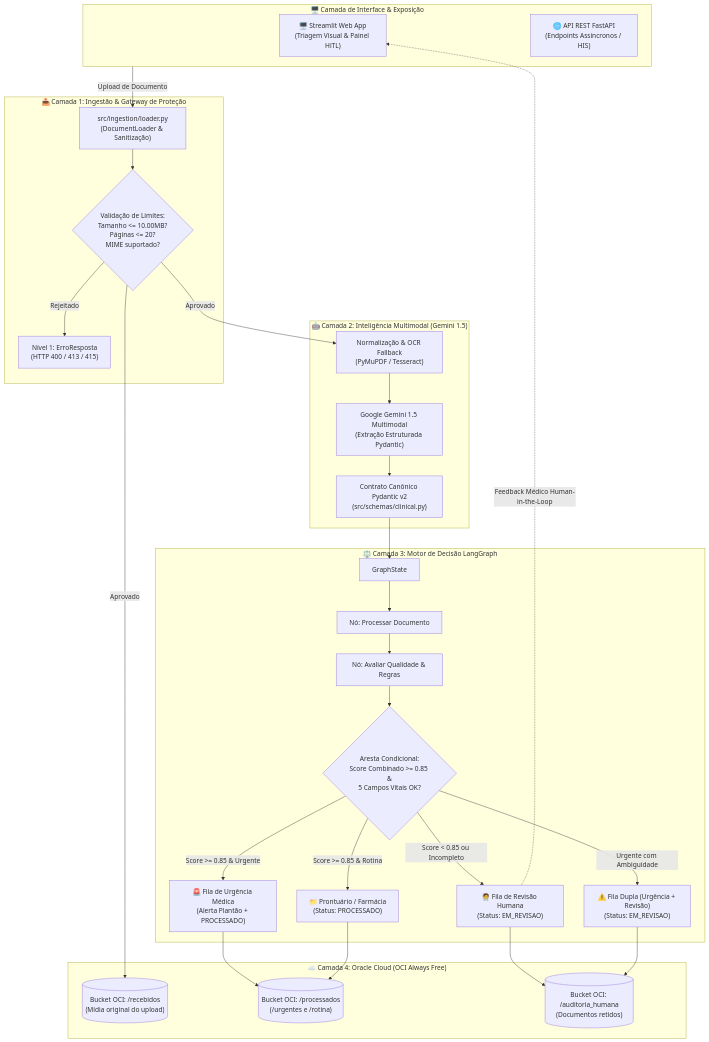
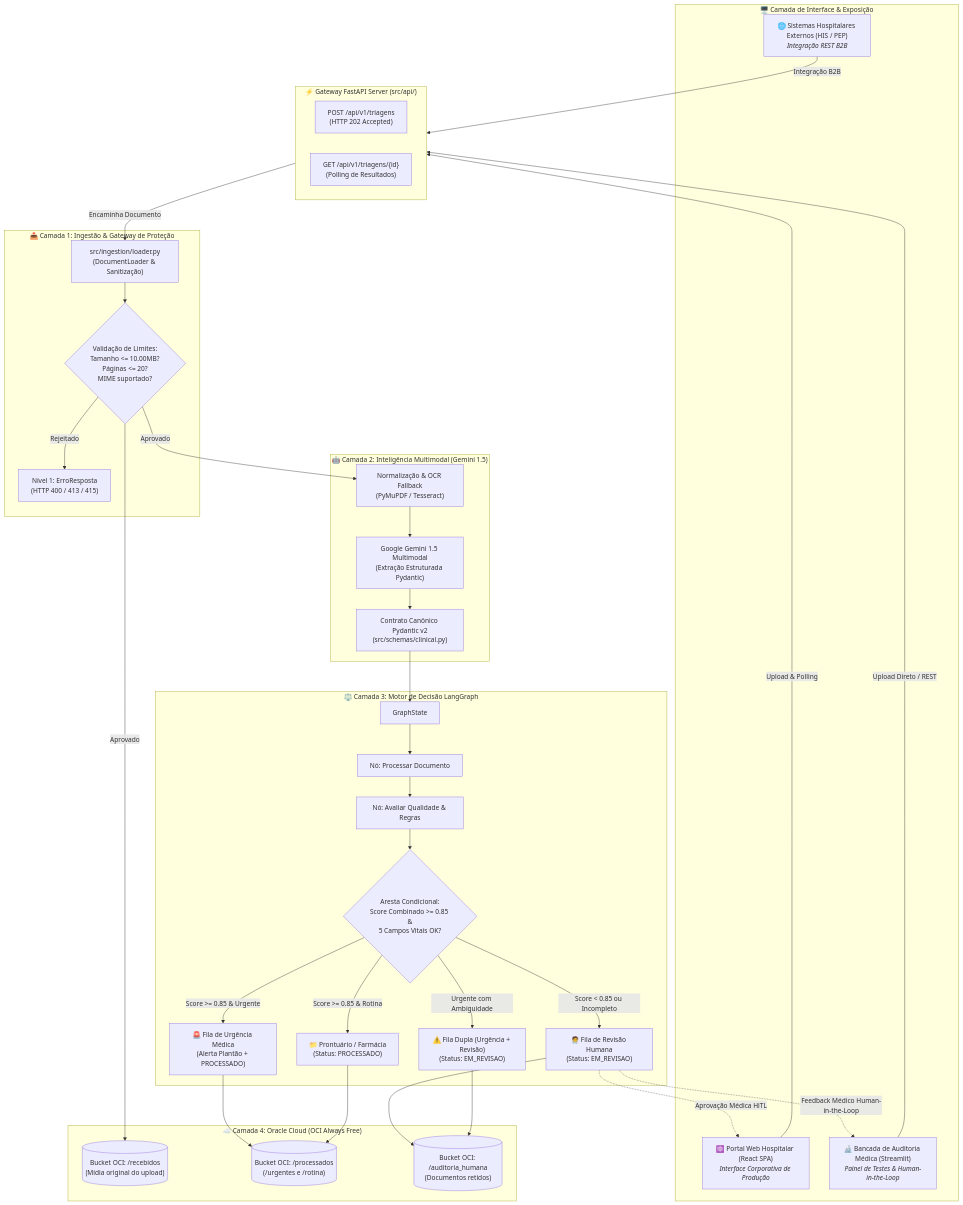
Before and after one commit to No-Country-simulation/g10-brasil-equipe-15_mediflow: the first of 2 diagrams in ARQUITETURA.md, drawn with Mermaid. The commit also changed other lines of this file and 2 other files, not shown here.

````diff
--- a/ARQUITETURA.md
+++ b/ARQUITETURA.md
@@ -34,60 +34,71 @@
 ```mermaid
 flowchart TD
     subgraph CLIENTS["🖥️ Camada de Interface & Exposição"]
-        UI["🖥️ Streamlit Web App<br/>(Triagem Visual & Painel HiTL)"]
-        API_CLI["🌐 API REST FastAPI<br/>(Endpoints Assíncronos / HIS)"]
+        REACT["⚛️ Portal Web Hospitalar (React SPA)<br/><i>Interface Corporativa de Produção</i>"]
+        STREAMLIT["🔬 Bancada de Auditoria Médica (Streamlit)<br/><i>Painel de Testes & Human-in-the-Loop</i>"]
+        API_CLI["🌐 Sistemas Hospitalares Externos (HIS / PEP)<br/><i>Integração REST B2B</i>"]
+    end
+
+    subgraph API_GATEWAY["⚡ Gateway FastAPI Server (src/api/)"]
+        EP_POST["POST /api/v1/triagens<br/>(HTTP 202 Accepted)"]
+        EP_GET["GET /api/v1/triagens/{id}<br/>(Polling de Resultados)"]
     end
 
     subgraph INGESTION["📥 Camada 1: Ingestão & Gateway de Proteção"]
         LOADER["src/ingestion/loader.py<br/>(DocumentLoader & Sanitização)"]
         VAL_RULES{"Validação de Limites:<br/>Tamanho <= 10.00MB?<br/>Páginas <= 20?<br/>MIME suportado?"}
         ERR_GATEWAY["Nível 1: ErroResposta<br/>(HTTP 400 / 413 / 415)"]
     end
 
     subgraph AI_CORE["🤖 Camada 2: Inteligência Multimodal (Gemini 1.5)"]
         OCR["Normalização & OCR Fallback<br/>(PyMuPDF / Tesseract)"]
         LLM["Google Gemini 1.5 Multimodal<br/>(Extração Estruturada Pydantic)"]
         SCHEMA["Contrato Canônico Pydantic v2<br/>(src/schemas/clinical.py)"]
     end
 
     subgraph WORKFLOW["⚖️ Camada 3: Motor de Decisão LangGraph"]
         STATE["GraphState"]
         N_EXTRACT["Nó: Processar Documento"]
         N_EVAL["Nó: Avaliar Qualidade & Regras"]
         COND_DECIDE{"Aresta Condicional:<br/>Score Combinado >= 0.85 &<br/>5 Campos Vitais OK?"}
         
         Q_URG["🚨 Fila de Urgência Médica<br/>(Alerta Plantão + PROCESSADO)"]
         Q_REV["🧑‍⚕️ Fila de Revisão Humana<br/>(Status: EM_REVISAO)"]
         Q_ROT["📁 Prontuário / Farmácia<br/>(Status: PROCESSADO)"]
         Q_MISTO["⚠️ Fila Dupla (Urgência + Revisão)<br/>(Status: EM_REVISAO)"]
     end
 
     subgraph STORAGE["☁️ Camada 4: Oracle Cloud (OCI Always Free)"]
         OCI_IN[("Bucket OCI: /recebidos<br/>(Mídia original do upload)")]
         OCI_PROC[("Bucket OCI: /processados<br/>(/urgentes e /rotina)")]
         OCI_AUDIT[("Bucket OCI: /auditoria_humana<br/>(Documentos retidos)")]
     end
 
-    CLIENTS -->|Upload de Documento| LOADER
+    REACT -->|Upload & Polling| API_GATEWAY
+    STREAMLIT -->|Upload Direto / REST| API_GATEWAY
+    API_CLI -->|Integração B2B| API_GATEWAY
+
+    API_GATEWAY -->|Encaminha Documento| LOADER
     LOADER --> VAL_RULES
     VAL_RULES -- "Rejeitado" --> ERR_GATEWAY
     VAL_RULES -- "Aprovado" --> OCI_IN
     VAL_RULES -- "Aprovado" --> OCR
     
     OCR --> LLM
     LLM --> SCHEMA
     SCHEMA --> STATE
     STATE --> N_EXTRACT --> N_EVAL --> COND_DECIDE
     
     COND_DECIDE -- "Score < 0.85 ou Incompleto" --> Q_REV
     COND_DECIDE -- "Score >= 0.85 & Urgente" --> Q_URG
     COND_DECIDE -- "Score >= 0.85 & Rotina" --> Q_ROT
     COND_DECIDE -- "Urgente com Ambiguidade" --> Q_MISTO
     
     Q_URG --> OCI_PROC
     Q_ROT --> OCI_PROC
     Q_REV --> OCI_AUDIT
     Q_MISTO --> OCI_AUDIT
     
-    Q_REV -.->|Feedback Médico Human-in-the-Loop| UI
+    Q_REV -.->|Feedback Médico Human-in-the-Loop| STREAMLIT
+    Q_REV -.->|Aprovação Médica HiTL| REACT
 ```
````
